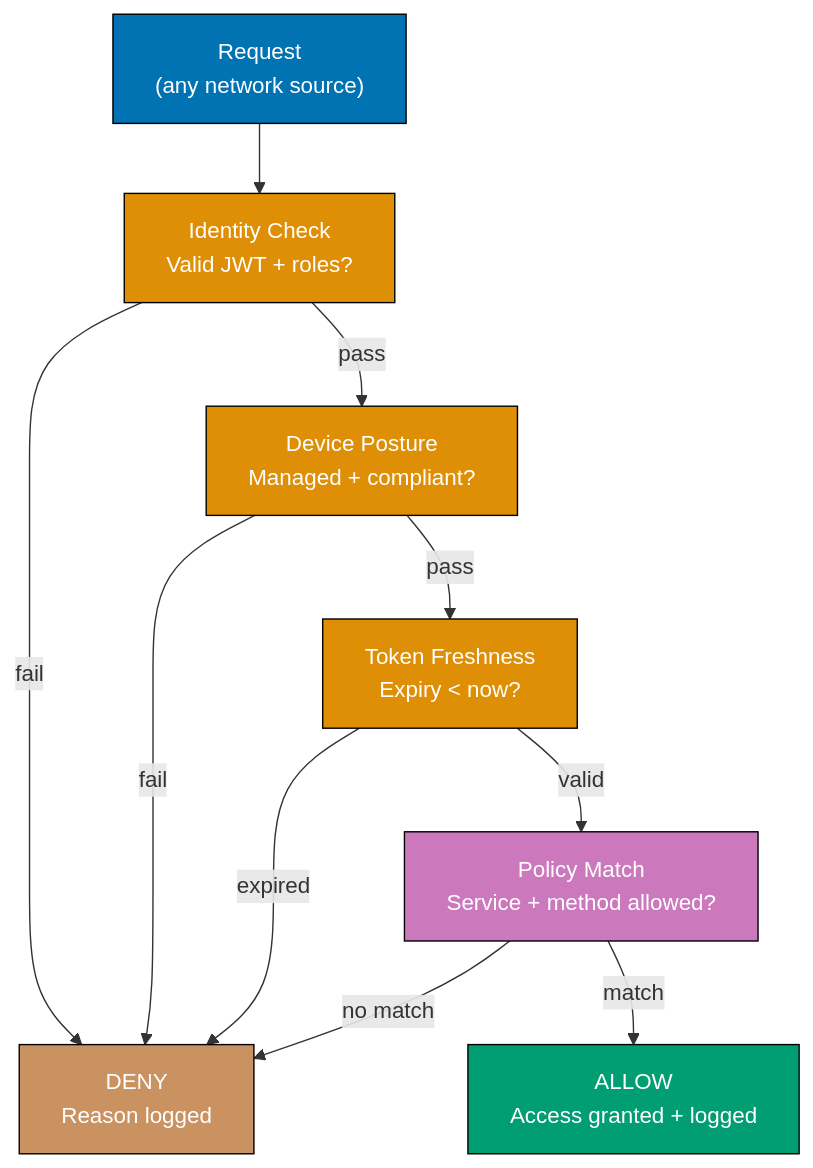
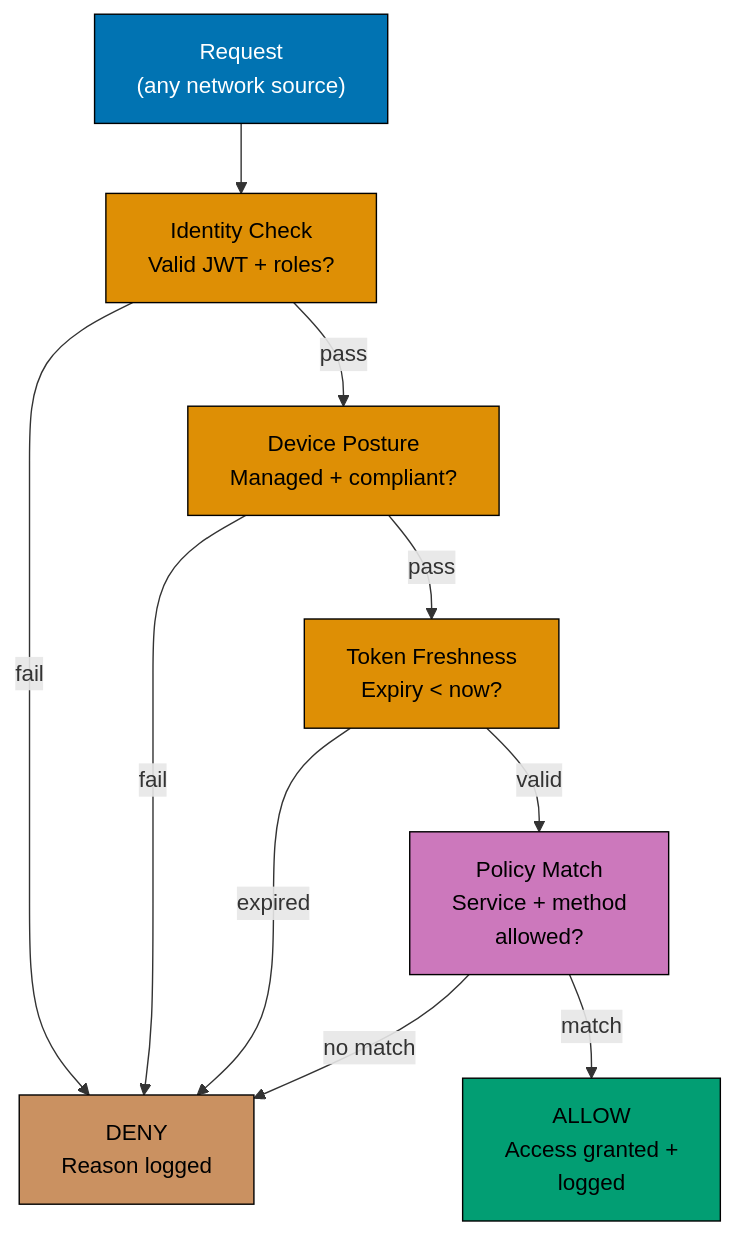
One commit to wahidyankf/ose-public changed the tenth of 12 diagrams in apps/ayokoding-www/content/en/learn/legacy/software-engineering/networking/by-example/advanced.md. Above: the diagram before and after it, drawn with Mermaid. The commit also changed other lines of this file and 78 other files, not shown here.

First line of the commit message:
fix(mermaid): bring the remaining legacy software-engineering diagrams onto the accessible palette

````diff
--- a/apps/ayokoding-www/content/en/learn/legacy/software-engineering/networking/by-example/advanced.md
+++ b/apps/ayokoding-www/content/en/learn/legacy/software-engineering/networking/by-example/advanced.md
@@ -1908,29 +1978,37 @@
 ```mermaid
 %% Color Palette: Blue #0173B2, Orange #DE8F05, Teal #029E73, Purple #CC78BC, Brown #CA9161
 graph TD
+    accTitle: Example 74: Zero Trust Networking Model
+    accDescr: Graph with 7 nodes and 9 connections. Nodes: Request (any network source), Identity Check Valid JWT + roles?, Device Posture Managed + compliant?, Token Freshness Expiry < now?, Policy Match Service + method allowed?, ALLOW Access granted + logged, DENY Reason logged. Connections: Request (any network source) to Identity Check Valid JWT + roles?, Identity Check Valid JWT + roles? to DENY Reason logged (fail), Identity Check Valid JWT + roles? to Device Posture Managed + compliant? (pass), Device Posture Managed + compliant? to DENY Reason logged (fail), Device Posture Managed + compliant? to Token Freshness Expiry < now? (pass), Token Freshness Expiry < now? to DENY Reason logged (expired), Token Freshness Expiry < now? to Policy Match Service + method allowed? (valid), Policy Match Service + method allowed? to DENY Reason logged (no match), Policy Match Service + method allowed? to ALLOW Access granted + logged (match).
     REQ["Request<br/>(any network source)"]
     IDCHECK["Identity Check<br/>Valid JWT + roles?"]
     DEVCHECK["Device Posture<br/>Managed + compliant?"]
     TOKCHECK["Token Freshness<br/>Expiry < now?"]
-    POLCHECK["Policy Match<br/>Service + method allowed?"]
-    ALLOW["ALLOW<br/>Access granted + logged"]
+    POLCHECK["Policy Match<br/>Service + method<br/>allowed?"]
+    ALLOW["ALLOW<br/>Access granted +<br/>logged"]
     DENY["DENY<br/>Reason logged"]
 
     REQ --> IDCHECK
     IDCHECK -->|"fail"| DENY
     IDCHECK -->|"pass"| DEVCHECK
     DEVCHECK -->|"fail"| DENY
     DEVCHECK -->|"pass"| TOKCHECK
     TOKCHECK -->|"expired"| DENY
     TOKCHECK -->|"valid"| POLCHECK
     POLCHECK -->|"no match"| DENY
     POLCHECK -->|"match"| ALLOW
 
-    style ALLOW fill:#029E73,stroke:#000,color:#fff
-    style DENY fill:#CA9161,stroke:#000,color:#fff
-    style REQ fill:#0173B2,stroke:#000,color:#fff
-    style IDCHECK fill:#DE8F05,stroke:#000,color:#fff
-    style DEVCHECK fill:#DE8F05,stroke:#000,color:#fff
-    style TOKCHECK fill:#DE8F05,stroke:#000,color:#fff
-    style POLCHECK fill:#CC78BC,stroke:#000,color:#fff
+    classDef pal-029E73 fill:#029E73,stroke:#000000,color:#000000
+    class ALLOW pal-029E73
+    classDef pal-CA9161 fill:#CA9161,stroke:#000000,color:#000000
+    class DENY pal-CA9161
+    classDef pal-0173B2 fill:#0173B2,stroke:#000000,color:#FFFFFF
+    class REQ pal-0173B2
+    classDef pal-DE8F05 fill:#DE8F05,stroke:#000000,color:#000000
+    class IDCHECK pal-DE8F05
+    class DEVCHECK pal-DE8F05
+    class TOKCHECK pal-DE8F05
+    classDef pal-CC78BC fill:#CC78BC,stroke:#000000,color:#000000
+    class POLCHECK pal-CC78BC
+    classDef default fill:#FFFFFF,stroke:#000000,color:#000000
 ```
````
